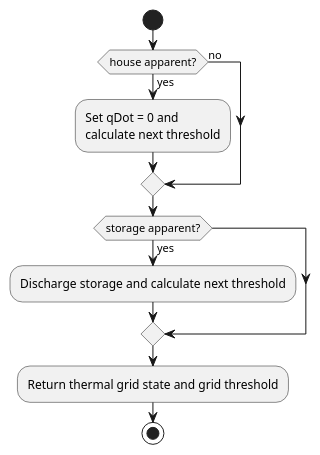
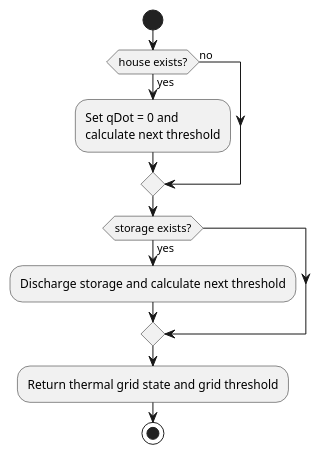
The diagram in docs/uml/main/models/thermal/grid/HandleConsumption.puml (ie3-institute/simona), drawn with PlantUML before and after one commit. The commit also changed 1 other file, not shown here.

```diff
--- a/docs/uml/main/models/thermal/grid/HandleConsumption.puml
+++ b/docs/uml/main/models/thermal/grid/HandleConsumption.puml
@@ -1,15 +1,15 @@
 @startuml
 'https://plantuml.com/activity-diagram-beta
 
 start
-if (house apparent?) then (yes)
+if (house exists?) then (yes)
   :Set qDot = 0 and\ncalculate next threshold;
 else (no)
 endif
-if (storage apparent?) then (yes)
+if (storage exists?) then (yes)
   :Discharge storage and calculate next threshold;
 endif
 :Return thermal grid state and grid threshold;
 stop
 
 @enduml
```
